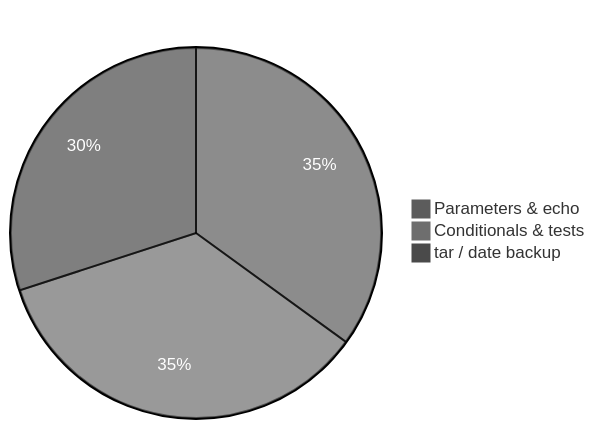
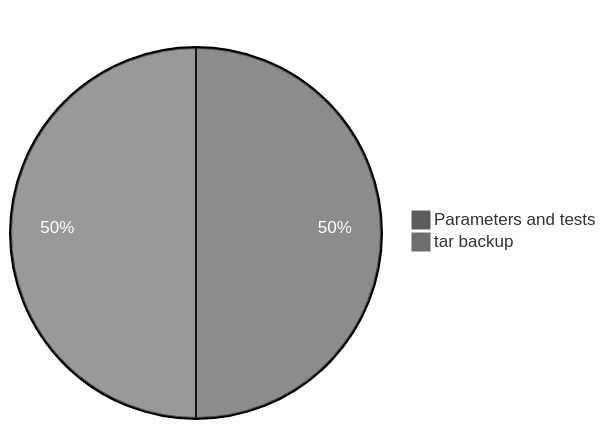
Before and after one commit to chaitussm/Linux-Basics: the diagram in scripts-execution-summary/shell-scripting.md, drawn with Mermaid. The commit also changed other lines of this file and 10 other files, not shown here.

````diff
--- a/scripts-execution-summary/shell-scripting.md
+++ b/scripts-execution-summary/shell-scripting.md
@@ -6,7 +6,6 @@
 ```mermaid
-%%{init: {'theme': 'base', 'themeVariables': {'pie1': '#5c5c5c', 'pie2': '#6e6e6e', 'pie3': '#4a4a4a', 'pieTitleTextColor': '#ffffff', 'pieSectionTextColor': '#ffffff'}}}%%
-pie title Shell scripting concepts in demos
-    "Parameters & echo" : 35
-    "Conditionals & tests" : 35
-    "tar / date backup" : 30
+%%{init: {'theme': 'base', 'themeVariables': {'pie1': '#5c5c5c', 'pie2': '#6e6e6e', 'pieTitleTextColor': '#ffffff', 'pieSectionTextColor': '#ffffff'}}}%%
+pie title Scripting demos
+    "Parameters and tests" : 50
+    "tar backup" : 50
 ```
````
